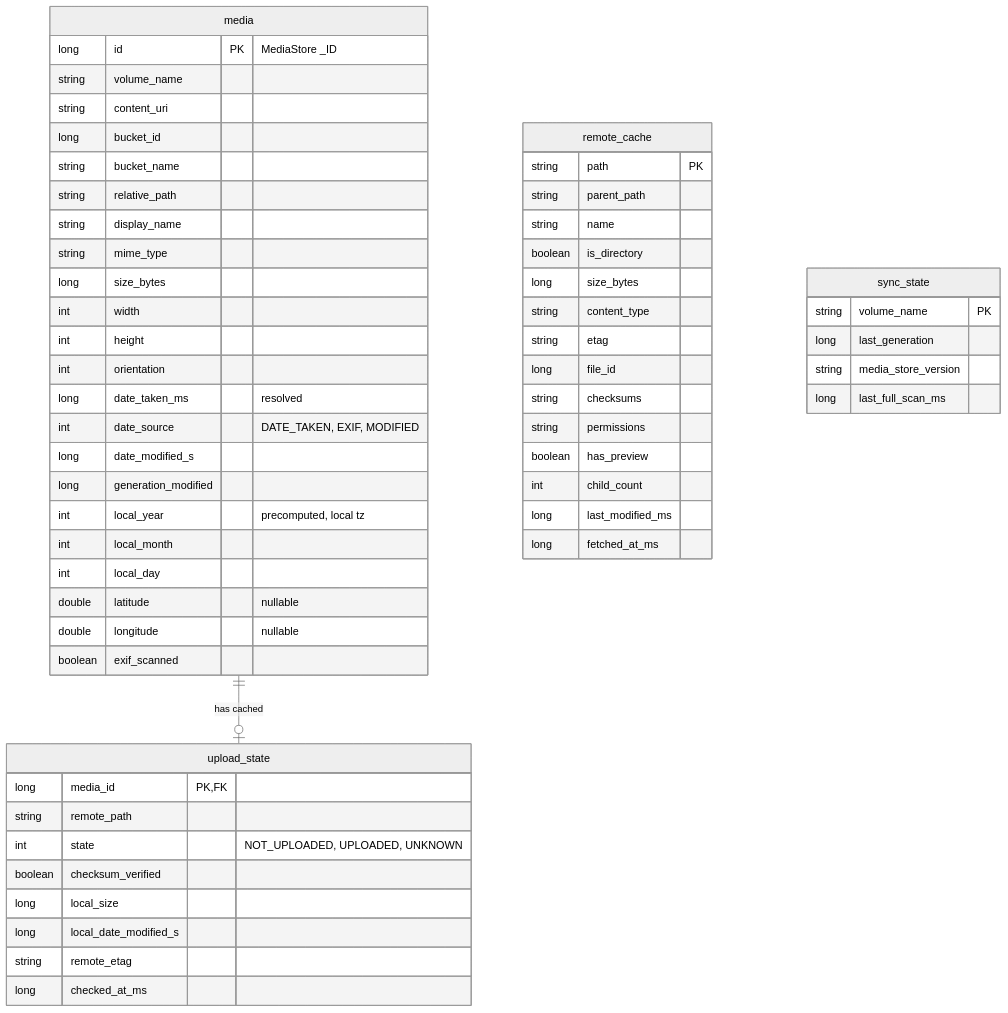
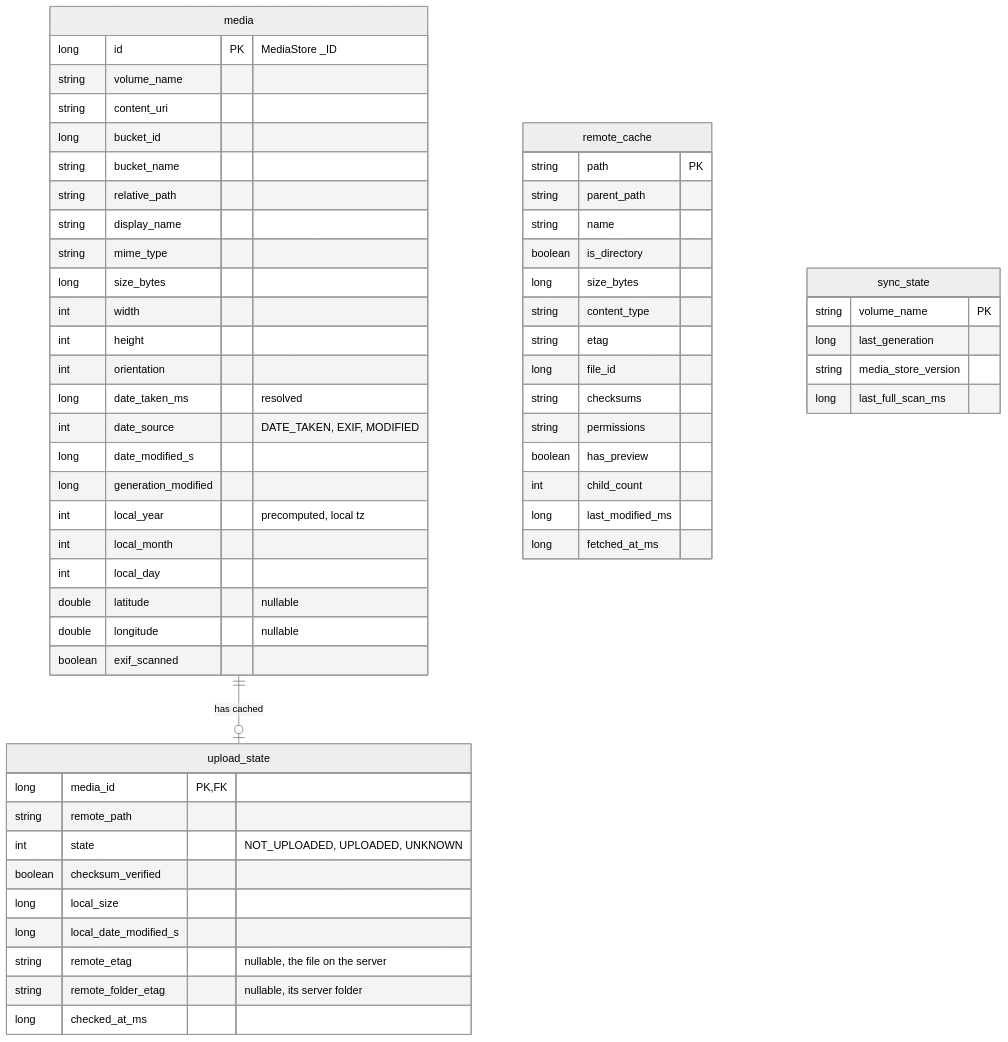
Before and after one commit to drehtuer/NextGalleryApp: the third of 12 diagrams in docs/ARCHITECTURE.md, drawn with Mermaid (neutral theme). The commit also changed other lines of this file and 89 other files, not shown here.

````diff
--- a/docs/ARCHITECTURE.md
+++ b/docs/ARCHITECTURE.md
@@ -411,61 +414,62 @@
 ```mermaid
 erDiagram
     media {
         long id PK "MediaStore _ID"
         string volume_name
         string content_uri
         long bucket_id
         string bucket_name
         string relative_path
         string display_name
         string mime_type
         long size_bytes
         int width
         int height
         int orientation
         long date_taken_ms "resolved"
         int date_source "DATE_TAKEN, EXIF, MODIFIED"
         long date_modified_s
         long generation_modified
         int local_year "precomputed, local tz"
         int local_month
         int local_day
         double latitude "nullable"
         double longitude "nullable"
         boolean exif_scanned
     }
     upload_state {
         long media_id PK, FK
         string remote_path
         int state "NOT_UPLOADED, UPLOADED, UNKNOWN"
         boolean checksum_verified
         long local_size
         long local_date_modified_s
-        string remote_etag
+        string remote_etag "nullable, the file on the server"
+        string remote_folder_etag "nullable, its server folder"
         long checked_at_ms
     }
     remote_cache {
         string path PK
         string parent_path
         string name
         boolean is_directory
         long size_bytes
         string content_type
         string etag
         long file_id
         string checksums
         string permissions
         boolean has_preview
         int child_count
         long last_modified_ms
         long fetched_at_ms
     }
     sync_state {
         string volume_name PK
         long last_generation
         string media_store_version
         long last_full_scan_ms
     }
 
     media ||--o| upload_state : "has cached"
 ```
````
